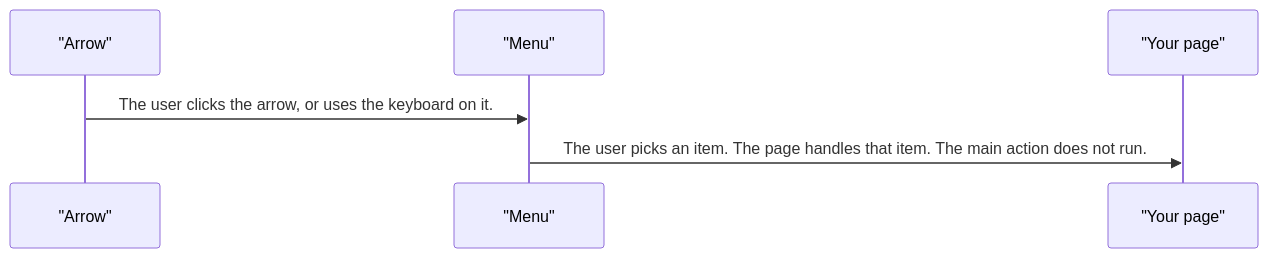
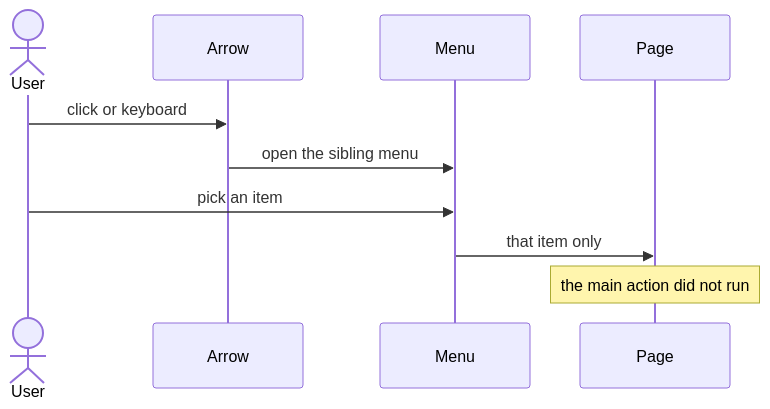
The third of 4 diagrams in projects/pixel-ui/src/lib/pixel-split-button/DESIGN.md (RajshekharBorate/pixel-ui), drawn with Mermaid before and after one commit. The commit also changed other lines of this file and 73 other files, not shown here.

Commit message:
Explain who owns each value and what each flow does in every component and service design.

````diff
--- a/projects/pixel-ui/src/lib/pixel-split-button/DESIGN.md
+++ b/projects/pixel-ui/src/lib/pixel-split-button/DESIGN.md
@@ -65,8 +84,12 @@
 ```mermaid
 sequenceDiagram
-  participant caret as "Arrow"
-  participant menu as "Menu"
-  participant page as "Your page"
-  caret->>menu: The user clicks the arrow, or uses the keyboard on it.
-  menu->>page: The user picks an item. The page handles that item. The main action does not run.
+  actor User
+  participant Caret as Arrow
+  participant Menu
+  participant Page
+  User->>Caret: click or keyboard
+  Caret->>Menu: open the sibling menu
+  User->>Menu: pick an item
+  Menu->>Page: that item only
+  Note over Page: the main action did not run
 ```
````
